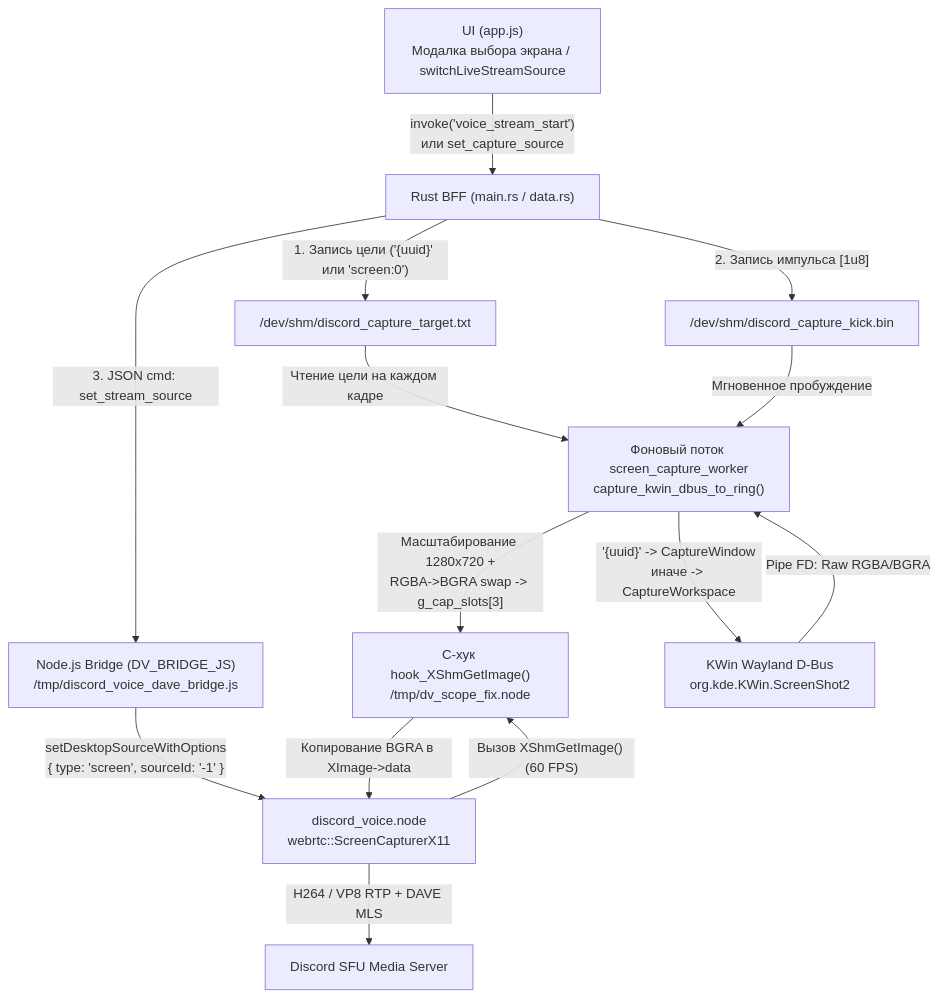
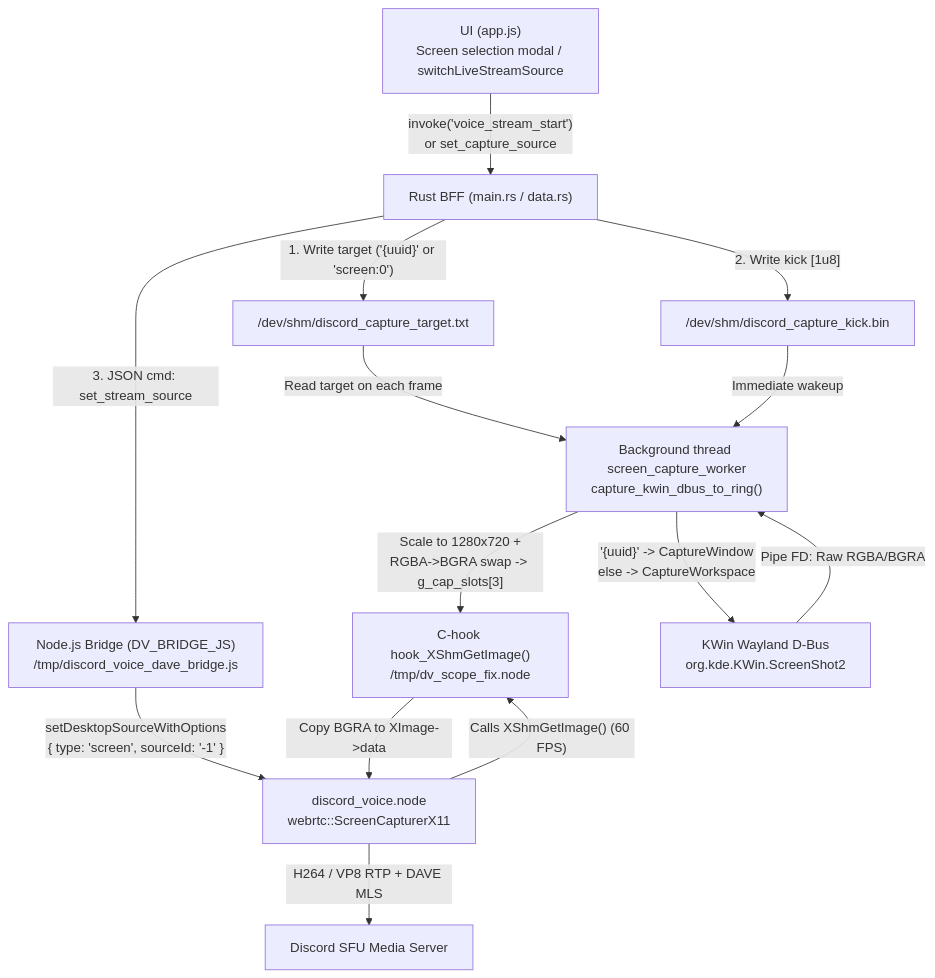
Before and after one commit to Userbash/chord: the first of 2 diagrams in docs/specs/STREAM-WAYLAND-GUIDE.md, drawn with Mermaid. The commit also changed other lines of this file and 2279 other files, not shown here.

````diff
--- a/docs/specs/STREAM-WAYLAND-GUIDE.md
+++ b/docs/specs/STREAM-WAYLAND-GUIDE.md
@@ -38,16 +38,16 @@
 ```mermaid
 flowchart TD
-    UI["UI (app.js)<br/>Модалка выбора экрана / switchLiveStreamSource"] -->|"invoke('voice_stream_start')<br/>или set_capture_source"| BFF["Rust BFF (main.rs / data.rs)"]
-    BFF -->|"1. Запись цели ('{uuid}' или 'screen:0')"| SHM_TARGET["/dev/shm/discord_capture_target.txt"]
-    BFF -->|"2. Запись импульса [1u8]"| SHM_KICK["/dev/shm/discord_capture_kick.bin"]
+    UI["UI (app.js)<br/>Screen selection modal / switchLiveStreamSource"] -->|"invoke('voice_stream_start')<br/>or set_capture_source"| BFF["Rust BFF (main.rs / data.rs)"]
+    BFF -->|"1. Write target ('{uuid}' or 'screen:0')"| SHM_TARGET["/dev/shm/discord_capture_target.txt"]
+    BFF -->|"2. Write kick [1u8]"| SHM_KICK["/dev/shm/discord_capture_kick.bin"]
     BFF -->|"3. JSON cmd: set_stream_source"| BRIDGE["Node.js Bridge (DV_BRIDGE_JS)<br/>/tmp/discord_voice_dave_bridge.js"]
     BRIDGE -->|"setDesktopSourceWithOptions<br/>{ type: 'screen', sourceId: '-1' }"| WEBRTC["discord_voice.node<br/>webrtc::ScreenCapturerX11"]
-    WEBRTC -->|"Вызов XShmGetImage() (60 FPS)"| HOOK["C-хук hook_XShmGetImage()<br/>/tmp/dv_scope_fix.node"]
-    SHM_TARGET -->|"Чтение цели на каждом кадре"| WORKER["Фоновый поток screen_capture_worker<br/>capture_kwin_dbus_to_ring()"]
-    SHM_KICK -->|"Мгновенное пробуждение"| WORKER
-    WORKER -->|" '{uuid}' -> CaptureWindow<br/>иначе -> CaptureWorkspace "| KWIN["KWin Wayland D-Bus<br/>org.kde.KWin.ScreenShot2"]
+    WEBRTC -->|"Calls XShmGetImage() (60 FPS)"| HOOK["C-hook hook_XShmGetImage()<br/>/tmp/dv_scope_fix.node"]
+    SHM_TARGET -->|"Read target on each frame"| WORKER["Background thread screen_capture_worker<br/>capture_kwin_dbus_to_ring()"]
+    SHM_KICK -->|"Immediate wakeup"| WORKER
+    WORKER -->|" '{uuid}' -> CaptureWindow<br/>else -> CaptureWorkspace "| KWIN["KWin Wayland D-Bus<br/>org.kde.KWin.ScreenShot2"]
     KWIN -->|"Pipe FD: Raw RGBA/BGRA"| WORKER
-    WORKER -->|"Масштабирование 1280x720 +<br/>RGBA->BGRA swap -> g_cap_slots[3]"| HOOK
-    HOOK -->|"Копирование BGRA в XImage->data"| WEBRTC
+    WORKER -->|"Scale to 1280x720 +<br/>RGBA->BGRA swap -> g_cap_slots[3]"| HOOK
+    HOOK -->|"Copy BGRA to XImage->data"| WEBRTC
     WEBRTC -->|"H264 / VP8 RTP + DAVE MLS"| SFU["Discord SFU Media Server"]
 ```
````
